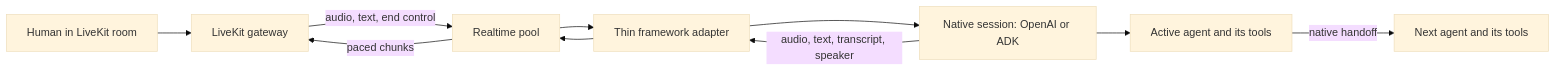
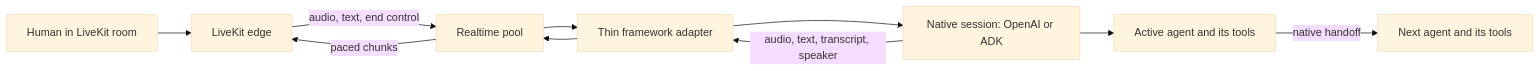
Before and after one commit to yaalalabs/agent-kernel: the diagram in docs/specs/810-native-realtime-agents/design.md, drawn with Mermaid (base theme). The commit also changed other lines of this file and 35 other files, not shown here.

````diff
--- a/docs/specs/810-native-realtime-agents/design.md
+++ b/docs/specs/810-native-realtime-agents/design.md
@@ -22,12 +22,12 @@
 ```mermaid
 flowchart LR
-    H[Human in LiveKit room] --> E[LiveKit gateway]
+    H[Human in LiveKit room] --> E[LiveKit edge]
     E -- audio, text, end control --> P[Realtime pool]
     P --> A[Thin framework adapter]
     A --> S[Native session: OpenAI or ADK]
     S --> T[Active agent and its tools]
     T -- native handoff --> N[Next agent and its tools]
     S -- audio, text, transcript, speaker --> A
     A --> P
     P -- paced chunks --> E
 ```
````
